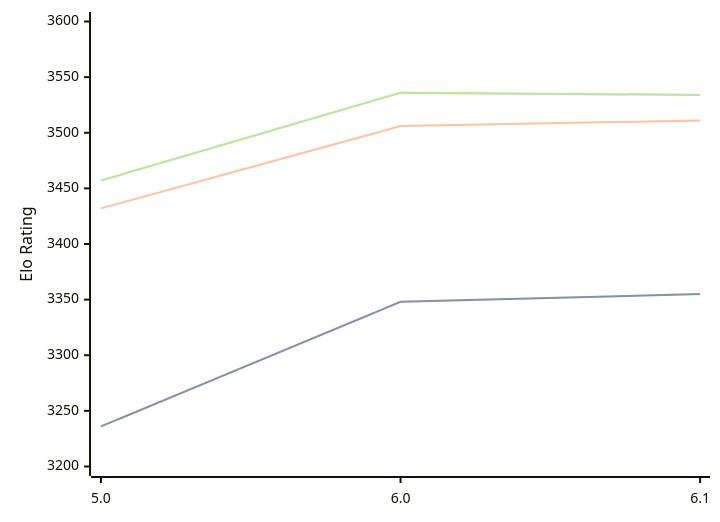
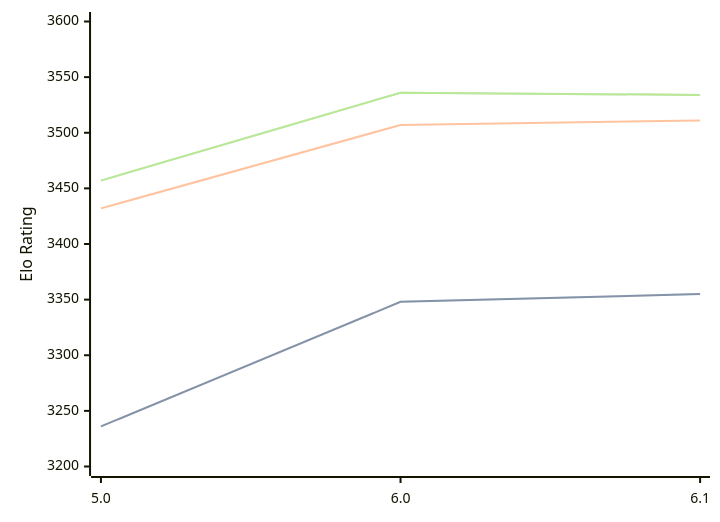
One commit to computer-chess-index/cci changed the diagram in engines/Starzix.md. Above: the diagram before and after it, drawn with Mermaid. The commit also changed other lines of this file, not shown here.

````diff
--- a/engines/Starzix.md
+++ b/engines/Starzix.md
@@ -37,11 +37,11 @@
 ```mermaid
 %%{init: {"theme":"base","themeVariables":{"seriesColors:['#a3a3a3','#222221','#faa371']}}}%%
 xychart-beta
   x-axis ["5.0", "6.0", "6.1"]
   y-axis "Elo Rating" 3200 --> 3600
   line "STC (8.0+0.08s)" [3236, 3348, 3355]
   line "STC (8.0+0.08s)" [3236, 3348, 3355]
-  line "LTC (60.0+0.60s)" [3432, 3506, 3511]
+  line "LTC (60.0+0.60s)" [3432, 3507, 3511]
   line "VLTC (2m24s+1.12s)" [3457, 3536, 3534]
   line "VLTC (2m24s+1.12s)" [3457, 3536, 3534]
 ```
````
